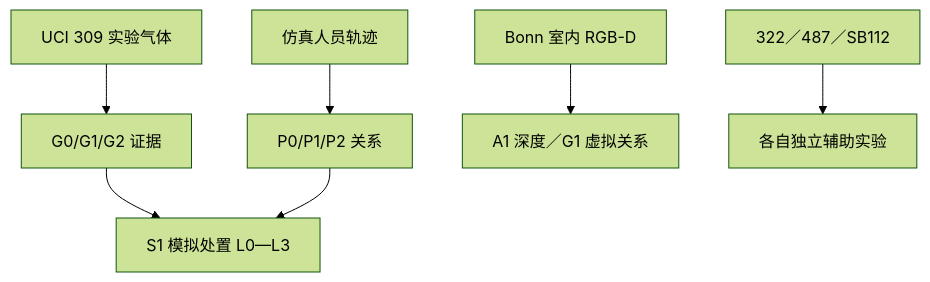
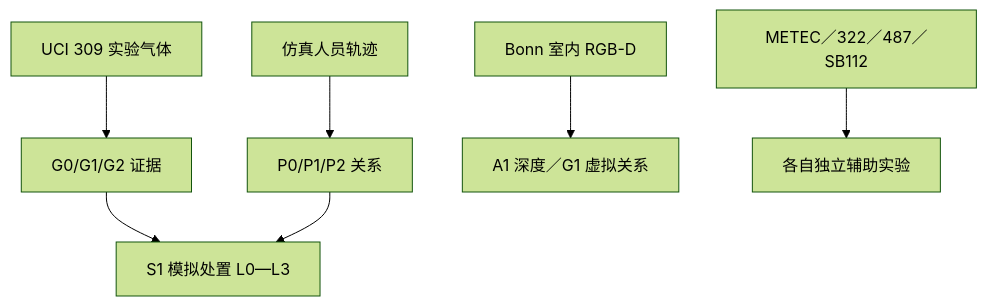
Before and after one commit to baoxuebin-2026/dachuang: the diagram in docs/stage8-n1-system-evidence-map.md, drawn with Mermaid (forest theme). The commit also changed other lines of this file and 5 other files, not shown here.

````diff
--- a/docs/stage8-n1-system-evidence-map.md
+++ b/docs/stage8-n1-system-evidence-map.md
@@ -17,9 +17,9 @@
 ```mermaid
 flowchart TB
     A["UCI 309 实验气体"] --> B["G0/G1/G2 证据"]
     C["仿真人员轨迹"] --> D["P0/P1/P2 关系"]
     B --> E["S1 模拟处置 L0—L3"]
     D --> E
     F["Bonn 室内 RGB-D"] --> G["A1 深度／G1 虚拟关系"]
-    H["322／487／SB112"] --> I["各自独立辅助实验"]
+    H["METEC／322／487／SB112"] --> I["各自独立辅助实验"]
 ```
````
